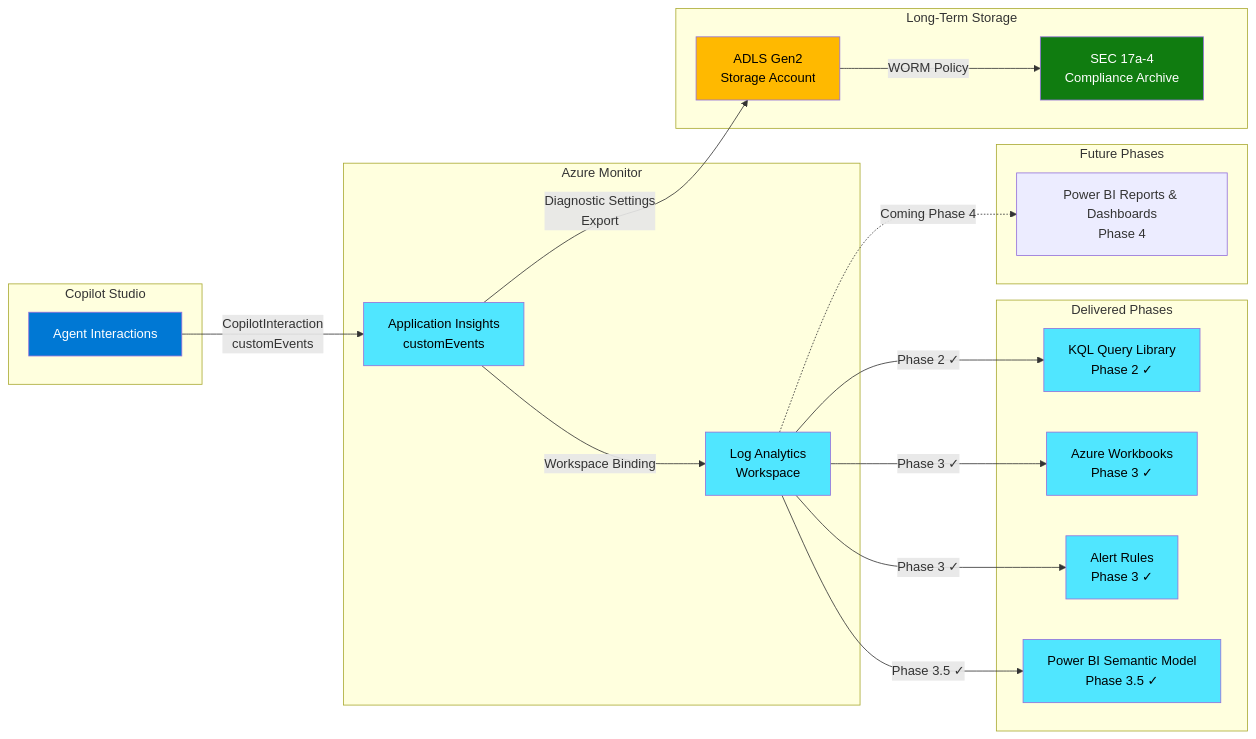
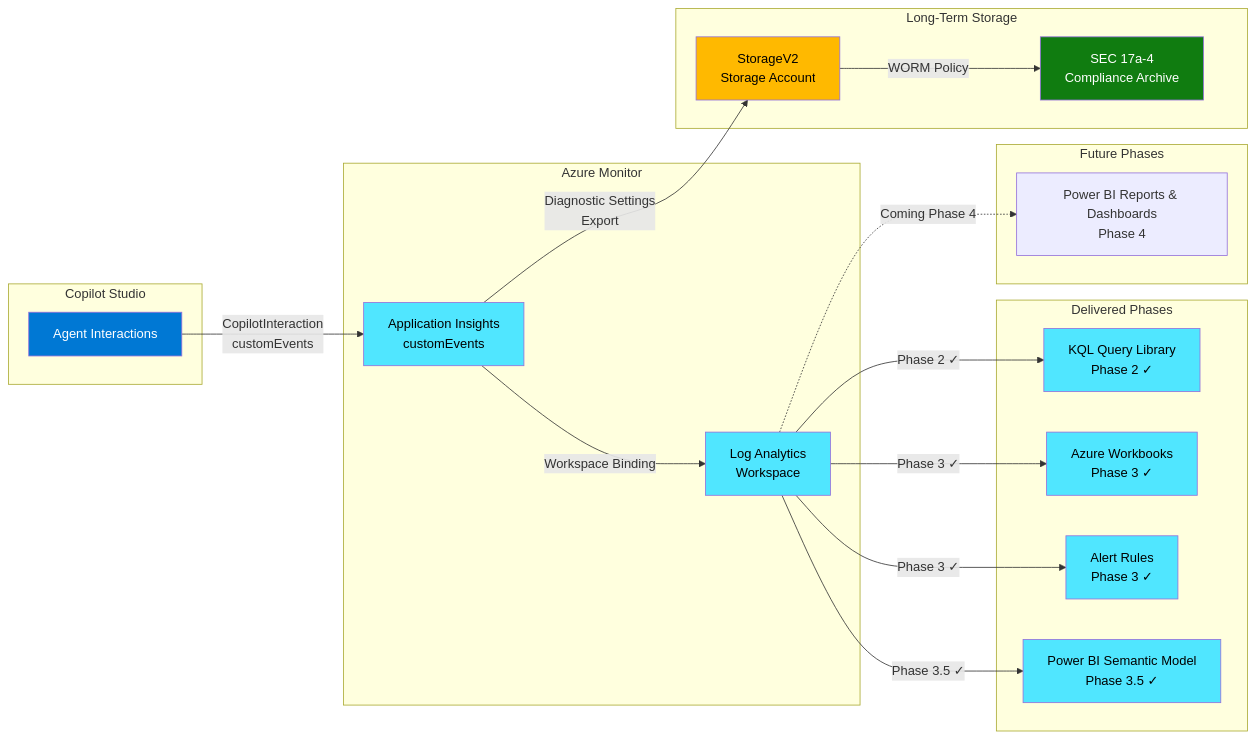
One commit to judeper/FSI-AgentGov-Solutions changed the diagram in agent-observability-foundation/architecture.md. Above: the diagram before and after it, drawn with Mermaid. The commit also changed other lines of this file and 209 other files, not shown here.

````diff
--- a/agent-observability-foundation/architecture.md
+++ b/agent-observability-foundation/architecture.md
@@ -9,47 +9,47 @@
 ```mermaid
 graph LR
     subgraph "Copilot Studio"
         A[Agent Interactions]
     end
 
     subgraph "Azure Monitor"
         B[Application Insights<br/>customEvents]
         C[Log Analytics<br/>Workspace]
     end
 
     subgraph "Long-Term Storage"
-        D[ADLS Gen2<br/>Storage Account]
+        D[StorageV2<br/>Storage Account]
         E[SEC 17a-4<br/>Compliance Archive]
     end
 
     subgraph "Delivered Phases"
         F[KQL Query Library<br/>Phase 2 ✓]
         G[Azure Workbooks<br/>Phase 3 ✓]
         H[Alert Rules<br/>Phase 3 ✓]
         I[Power BI Semantic Model<br/>Phase 3.5 ✓]
     end
 
     subgraph "Future Phases"
         J[Power BI Reports &amp; Dashboards<br/>Phase 4]
     end
 
     A -->|CopilotInteraction<br/>customEvents| B
     B -->|Workspace Binding| C
     B -->|Diagnostic Settings<br/>Export| D
     D -->|WORM Policy| E
     C -->|Phase 2 ✓| F
     C -->|Phase 3 ✓| G
     C -->|Phase 3 ✓| H
     C -->|Phase 3.5 ✓| I
     C -.->|Coming Phase 4| J
 
     style A fill:#0078d4,color:#fff
     style B fill:#50e6ff,color:#000
     style C fill:#50e6ff,color:#000
     style D fill:#ffb900,color:#000
     style E fill:#107c10,color:#fff
     style F fill:#50e6ff,color:#000
     style G fill:#50e6ff,color:#000
     style H fill:#50e6ff,color:#000
     style I fill:#50e6ff,color:#000
 ```
````
